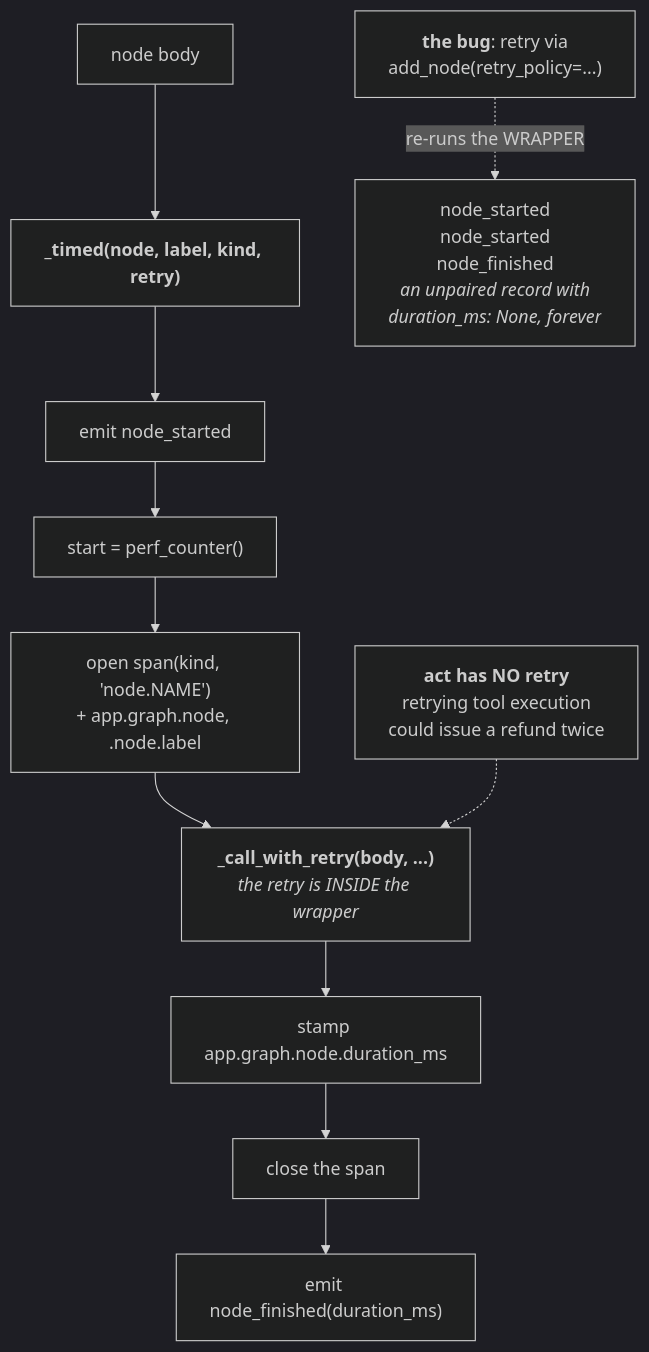
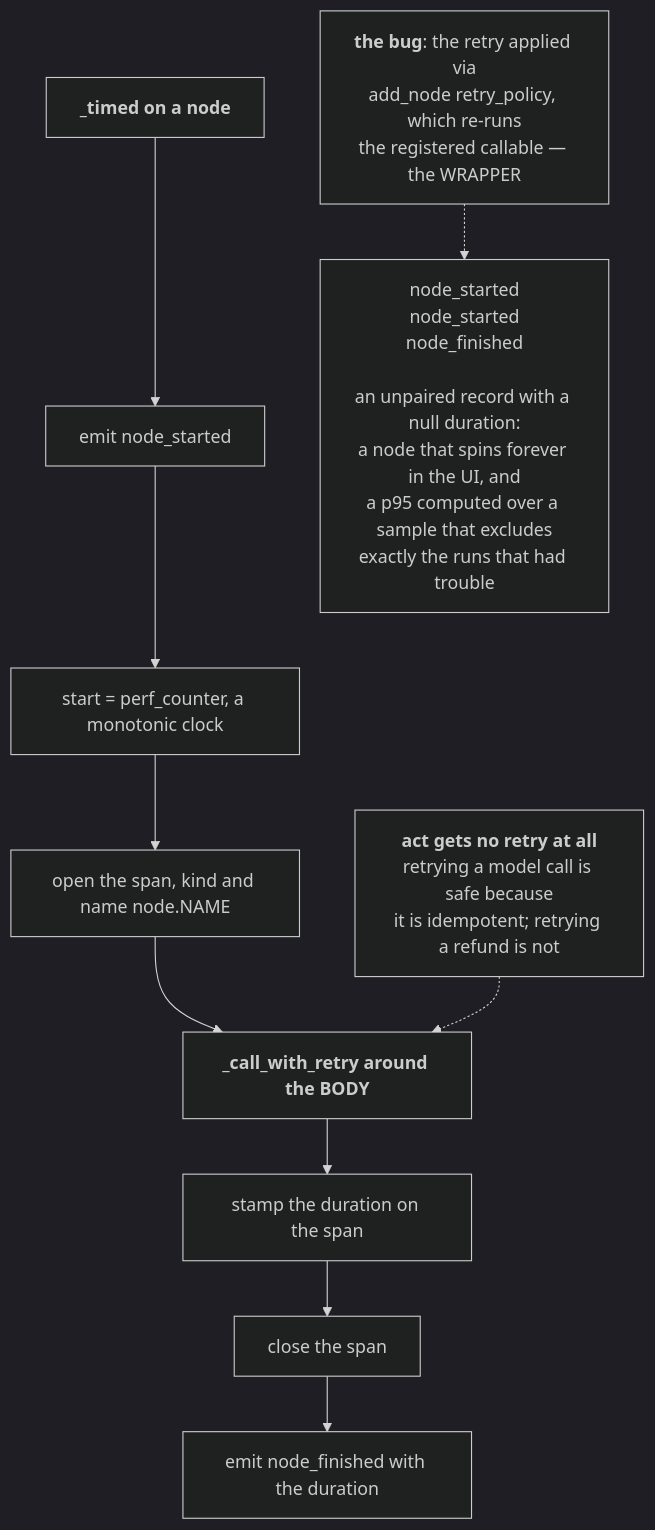
One commit to yrevash/aegis changed the second of 5 diagrams in docs/teaching/observability/40-diagrams.md. Above: the diagram before and after it, drawn with Mermaid (dark theme). The commit also changed other lines of this file and 111 other files, not shown here.

````diff
--- a/docs/teaching/observability/40-diagrams.md
+++ b/docs/teaching/observability/40-diagrams.md
@@ -66,16 +58,14 @@
 ```mermaid
 flowchart TB
-    N["node body"] --> W["<b>_timed(node, label, kind, retry)</b>"]
+    W["<b>_timed on a node</b>"] --> E1["emit node_started"]
+    E1 --> T0["start = perf_counter, a monotonic clock"]
+    T0 --> SP["open the span, kind and name node.NAME"]
+    SP --> RETRY["<b>_call_with_retry around the BODY</b>"]
+    RETRY --> DUR["stamp the duration on the span"]
+    DUR --> CLOSE["close the span"]
+    CLOSE --> E2["emit node_finished with the duration"]
 
-    W --> E1["emit node_started"]
-    E1 --> T0["start = perf_counter()"]
-    T0 --> SP["open span(kind, 'node.NAME')<br/>+ app.graph.node, .node.label"]
-    SP --> RETRY["<b>_call_with_retry(body, ...)</b><br/><i>the retry is INSIDE the wrapper</i>"]
-    RETRY --> DUR["stamp app.graph.node.duration_ms"]
-    DUR --> CLOSE["close the span"]
-    CLOSE --> E2["emit node_finished(duration_ms)"]
+    BAD["<b>the bug</b>: the retry applied via<br/>add_node retry_policy, which re-runs<br/>the registered callable — the WRAPPER"] -.-> PAIR["node_started<br/>node_started<br/>node_finished<br/><br/>an unpaired record with a null duration:<br/>a node that spins forever in the UI, and<br/>a p95 computed over a sample that excludes<br/>exactly the runs that had trouble"]
 
-    BAD["<b>the bug</b>: retry via<br/>add_node(retry_policy=...)"] -.->|"re-runs the WRAPPER"| PAIR["node_started<br/>node_started<br/>node_finished<br/><i>an unpaired record with<br/>duration_ms: None, forever</i>"]
-
-    NOTE["<b>act has NO retry</b><br/>retrying tool execution<br/>could issue a refund twice"] -.-> RETRY
+    NOTE["<b>act gets no retry at all</b><br/>retrying a model call is safe because<br/>it is idempotent; retrying a refund is not"] -.-> RETRY
 ```
````
